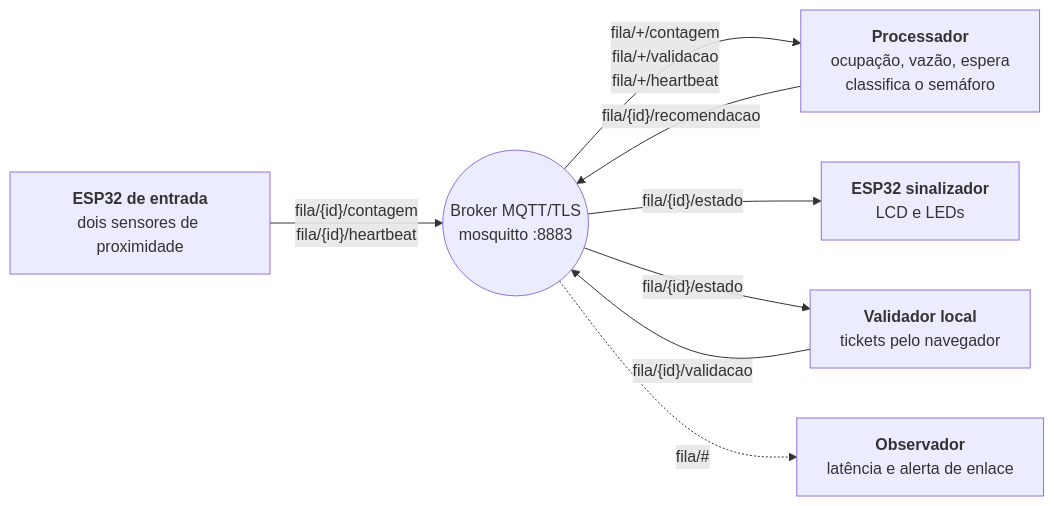
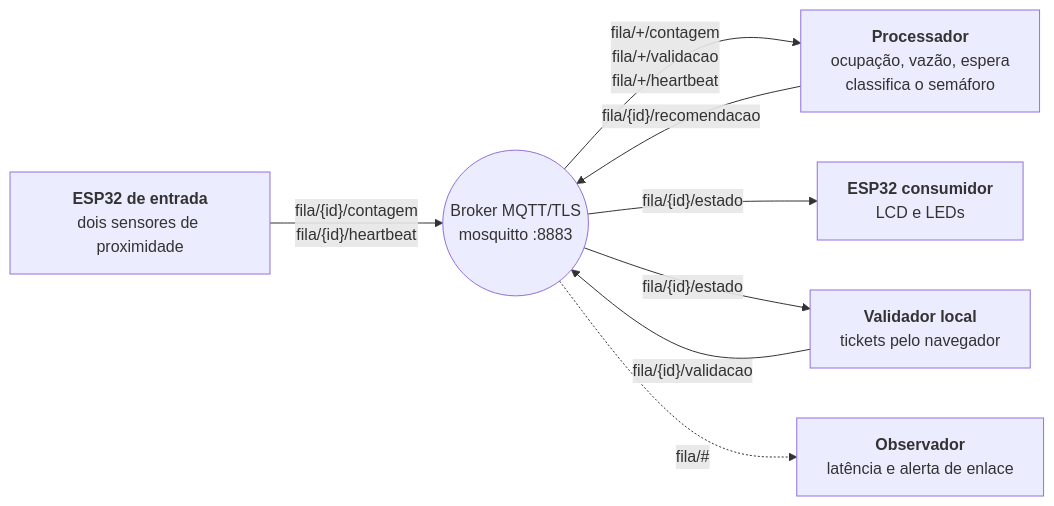
One commit to UFG-INF-SSU-2026/Leite-de-Pedra changed the diagram in README.md. Above: the diagram before and after it, drawn with Mermaid. The commit also changed other lines of this file and 13 other files, not shown here.

First line of the commit message:
refactor: renomear sinalizador para consumidor

````diff
--- a/README.md
+++ b/README.md
@@ -28,17 +28,17 @@
 ```mermaid
 flowchart LR
     P["<b>ESP32 de entrada</b><br/>dois sensores de proximidade"]
-    S["<b>ESP32 sinalizador</b><br/>LCD e LEDs"]
+    S["<b>ESP32 consumidor</b><br/>LCD e LEDs"]
     V["<b>Validador local</b><br/>tickets pelo navegador"]
     B(("Broker MQTT/TLS<br/>mosquitto :8883"))
     C["<b>Processador</b><br/>ocupação, vazão, espera<br/>classifica o semáforo"]
     O["<b>Observador</b><br/>latência e alerta de enlace"]
 
     P -- "fila/{id}/contagem<br/>fila/{id}/heartbeat" --> B
     V -- "fila/{id}/validacao" --> B
     B -- "fila/+/contagem<br/>fila/+/validacao<br/>fila/+/heartbeat" --> C
     C -- "fila/{id}/recomendacao" --> B
     B -- "fila/{id}/estado" --> S
     B -- "fila/{id}/estado" --> V
     B -. "fila/#" .-> O
 ```
````
